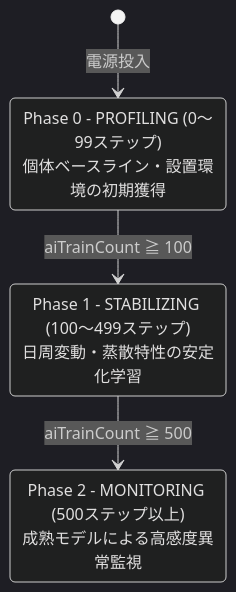
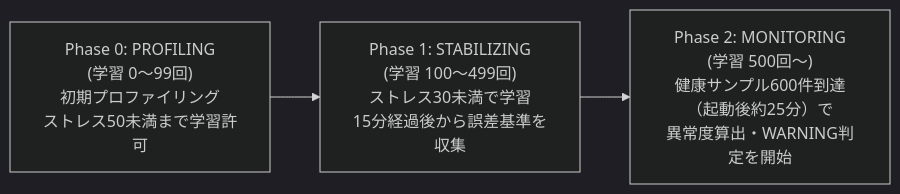
Before and after one commit to horned128/plant-doctor: the second of 3 diagrams in docs/textbook/04_on_device_learning_mechanism.md, drawn with Mermaid (dark theme). The commit also changed other lines of this file and 28 other files, not shown here.

````diff
--- a/docs/textbook/04_on_device_learning_mechanism.md
+++ b/docs/textbook/04_on_device_learning_mechanism.md
@@ -110,10 +77,5 @@
 ```mermaid
-stateDiagram-v2
-    [*] --> Phase0: 電源投入
-    Phase0: Phase 0 - PROFILING (0〜99ステップ)<br/>個体ベースライン・設置環境の初期獲得
-    Phase1: Phase 1 - STABILIZING (100〜499ステップ)<br/>日周変動・蒸散特性の安定化学習
-    Phase2: Phase 2 - MONITORING (500ステップ以上)<br/>成熟モデルによる高感度異常監視
-
-    Phase0 --> Phase1: aiTrainCount ≧ 100
-    Phase1 --> Phase2: aiTrainCount ≧ 500
+flowchart LR
+    P0["Phase 0: PROFILING<br/>(学習 0〜99回)<br/>初期プロファイリング<br/>ストレス50未満まで学習許可"] --> P1["Phase 1: STABILIZING<br/>(学習 100〜499回)<br/>ストレス30未満で学習<br/>15分経過後から誤差基準を収集"]
+    P1 --> P2["Phase 2: MONITORING<br/>(学習 500回〜)<br/>健康サンプル600件到達（起動後約25分）で<br/>異常度算出・WARNING判定を開始"]
 ```
````
